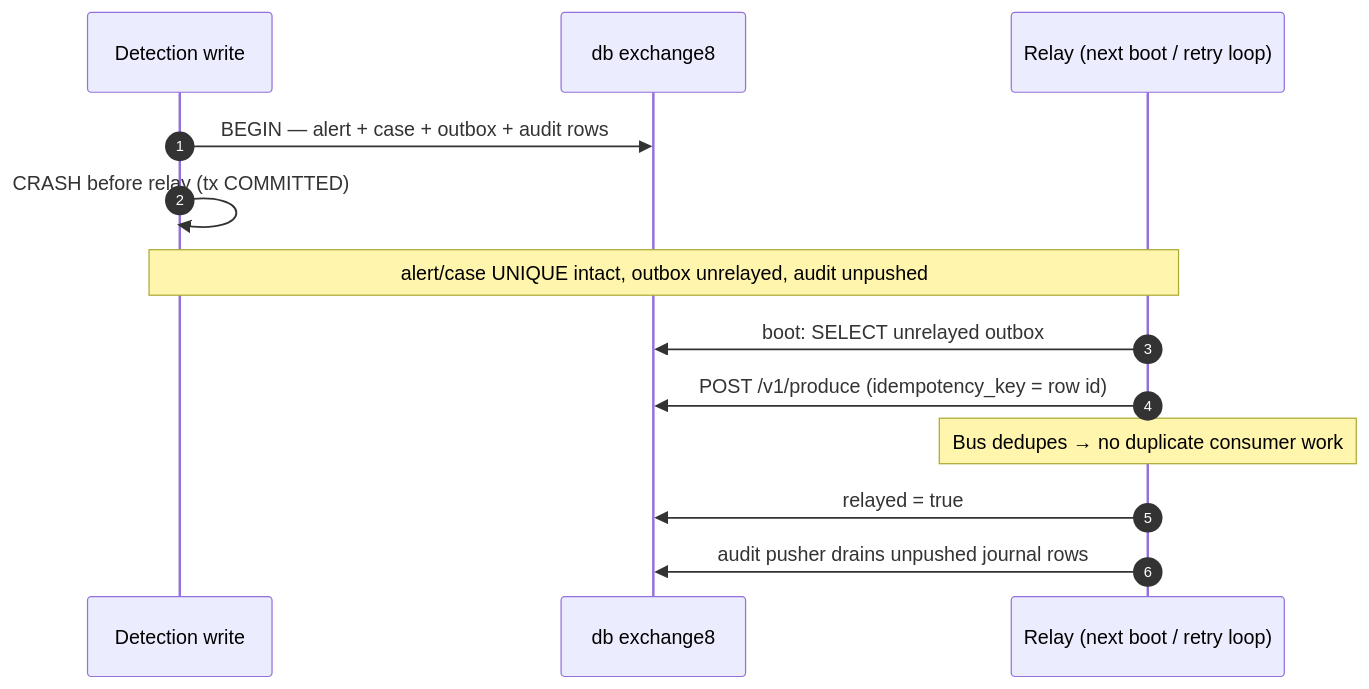
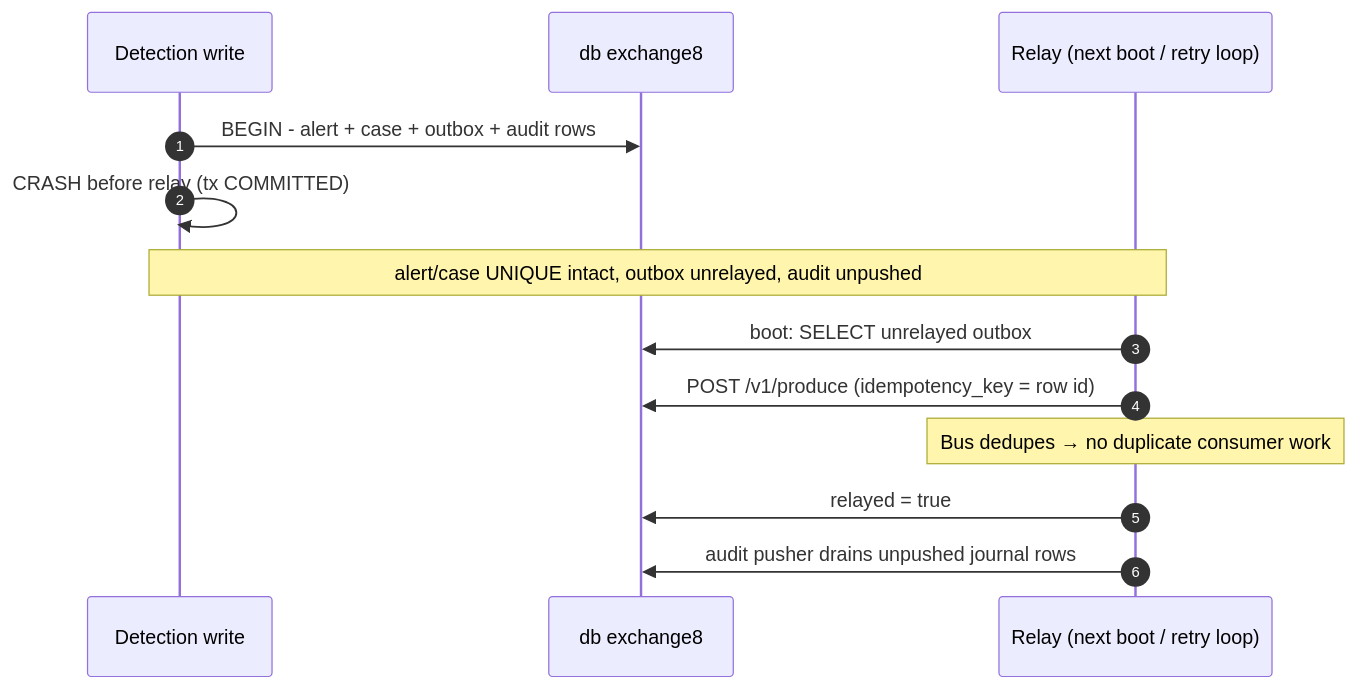
Diagram 15 of 17 in DESIGN.md (Exchange8-dev/exchange8-surveillance), drawn with Mermaid before and after one commit. The commit also changed other lines of this file and 16 other files, not shown here.

````diff
--- a/DESIGN.md
+++ b/DESIGN.md
@@ -464,16 +464,16 @@
 ```mermaid
 sequenceDiagram
     autonumber
     participant W as Detection write
     participant DB as db exchange8
     participant R as Relay (next boot / retry loop)
 
-    W->>DB: BEGIN — alert + case + outbox + audit rows
+    W->>DB: BEGIN - alert + case + outbox + audit rows
     W->>W: CRASH before relay (tx COMMITTED)
     Note over W,R: alert/case UNIQUE intact, outbox unrelayed, audit unpushed
     R->>DB: boot: SELECT unrelayed outbox
     R->>DB: POST /v1/produce (idempotency_key = row id)
     Note over R: Bus dedupes → no duplicate consumer work
     R->>DB: relayed = true
     R->>DB: audit pusher drains unpushed journal rows
 ```
````
